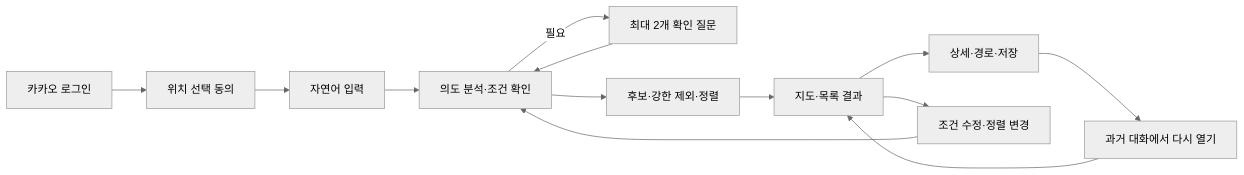
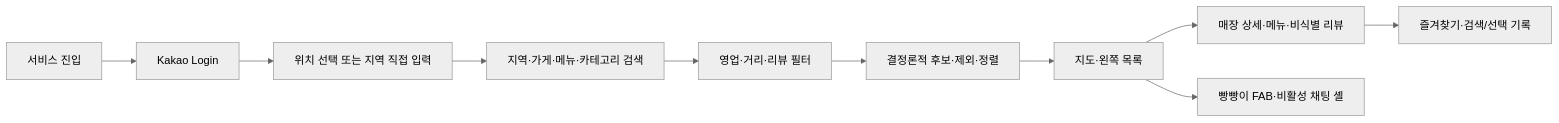
The diagram in docs/00-product/prd.md (minhyeok328/Bread_map), drawn with Mermaid (neutral theme) before and after one commit. The commit also changed other lines of this file and 3 other files, not shown here.

````diff
--- a/docs/00-product/prd.md
+++ b/docs/00-product/prd.md
@@ -125,15 +134,12 @@
 ```mermaid
 flowchart LR
-    A["카카오 로그인"] --> B["위치 선택 동의"]
-    B --> C["자연어 입력"]
-    C --> D["의도 분석·조건 확인"]
-    D -->|"필요"| E["최대 2개 확인 질문"]
-    E --> D
-    D --> F["후보·강한 제외·정렬"]
-    F --> G["지도·목록 결과"]
-    G --> H["상세·경로·저장"]
-    G --> I["조건 수정·정렬 변경"]
-    I --> D
-    H --> J["과거 대화에서 다시 열기"]
-    J --> G
+    A["서비스 진입"] --> B["Kakao Login"]
+    B --> C["위치 선택 또는 지역 직접 입력"]
+    C --> D["지역·가게·메뉴·카테고리 검색"]
+    D --> E["영업·거리·리뷰 필터"]
+    E --> F["결정론적 후보·제외·정렬"]
+    F --> G["지도·왼쪽 목록"]
+    G --> H["매장 상세·메뉴·비식별 리뷰"]
+    H --> I["즐겨찾기·검색/선택 기록"]
+    G --> J["빵빵이 FAB·비활성 채팅 셸"]
 ```
````
